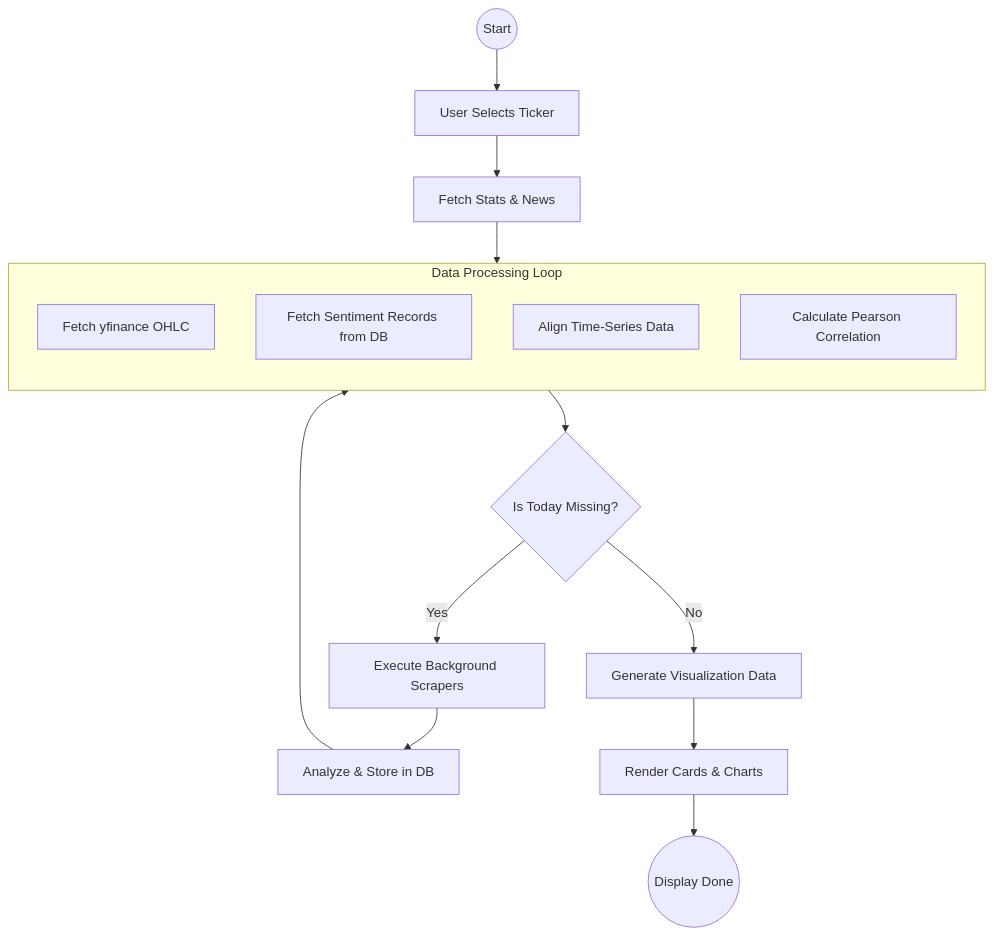
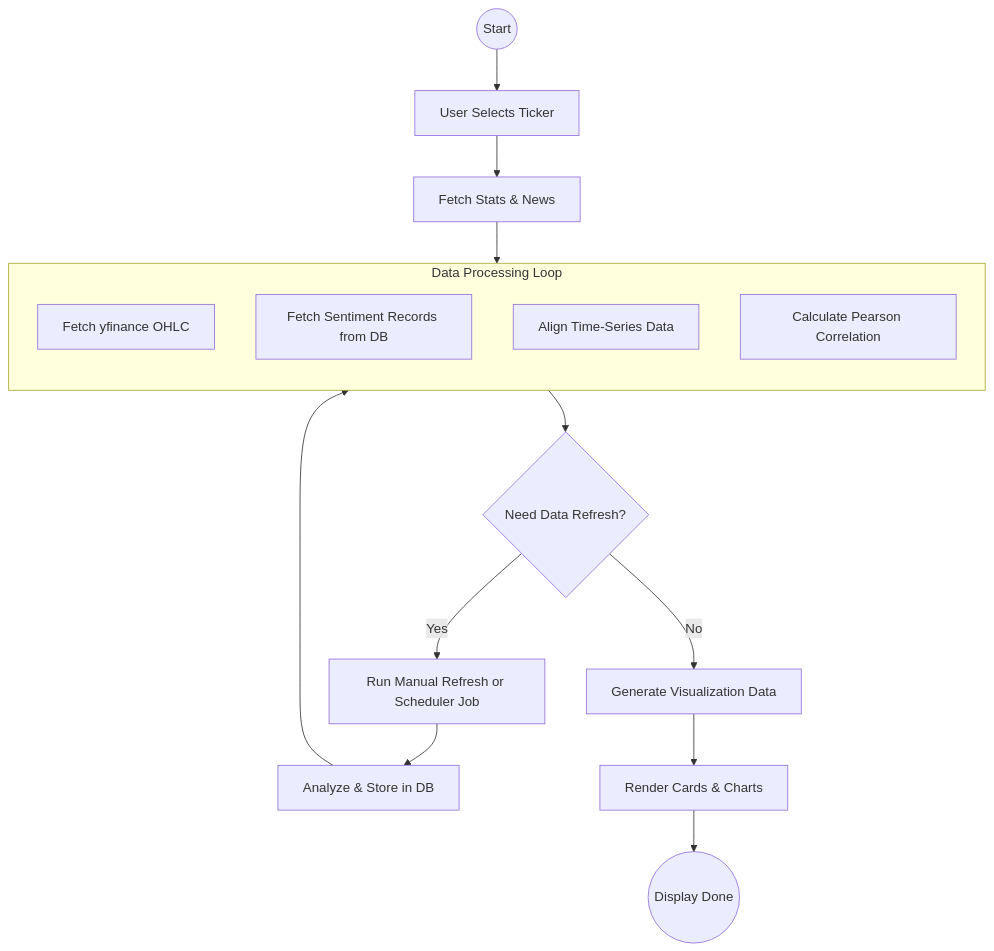
Before and after one commit to juanpradana/MarketPulse: the fifth of 5 diagrams in docs/DASHBOARD_DOCUMENTATION.md, drawn with Mermaid. The commit also changed other lines of this file and 10 other files, not shown here.

````diff
--- a/docs/DASHBOARD_DOCUMENTATION.md
+++ b/docs/DASHBOARD_DOCUMENTATION.md
@@ -170,24 +170,24 @@
 ```mermaid
 flowchart TB
     Start((Start)) --> User[User Selects Ticker]
     User --> Request[Fetch Stats & News]
     
     subgraph Processing[Data Processing Loop]
     direction TB
     FetchMarket[Fetch yfinance OHLC]
     FetchNews[Fetch Sentiment Records from DB]
     Align[Align Time-Series Data]
     Calc[Calculate Pearson Correlation]
     end
     
     Request --> Processing
-    Processing --> Check{Is Today Missing?}
+    Processing --> Check{Need Data Refresh?}
     
-    Check -- Yes --> Scrape[Execute Background Scrapers]
+    Check -- Yes --> Scrape[Run Manual Refresh or Scheduler Job]
     Scrape --> Update[Analyze & Store in DB]
     Update --> Processing
     
     Check -- No --> Output[Generate Visualization Data]
     Output --> Display[Render Cards & Charts]
     Display --> End((Display Done))
 ```
````
